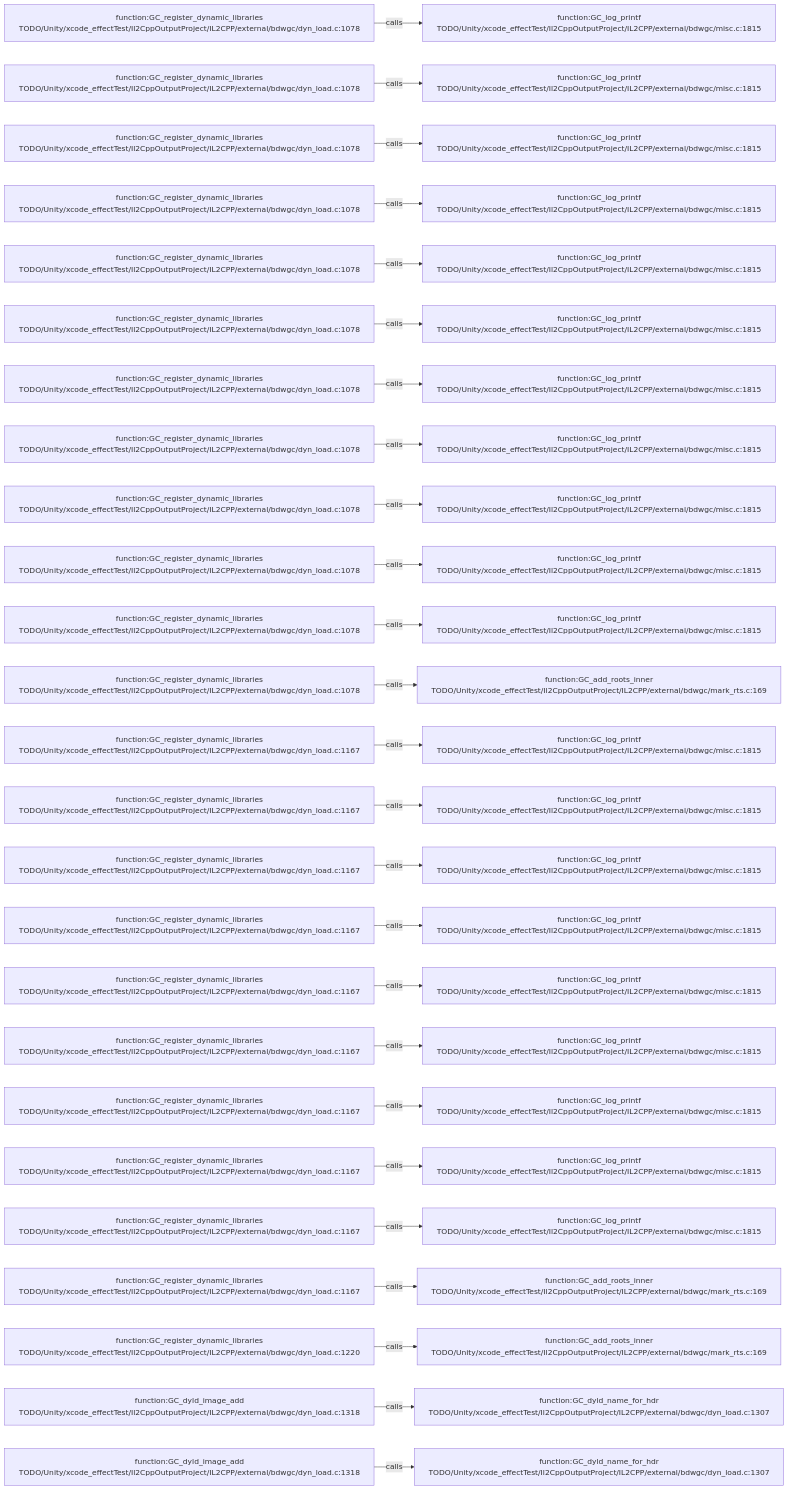
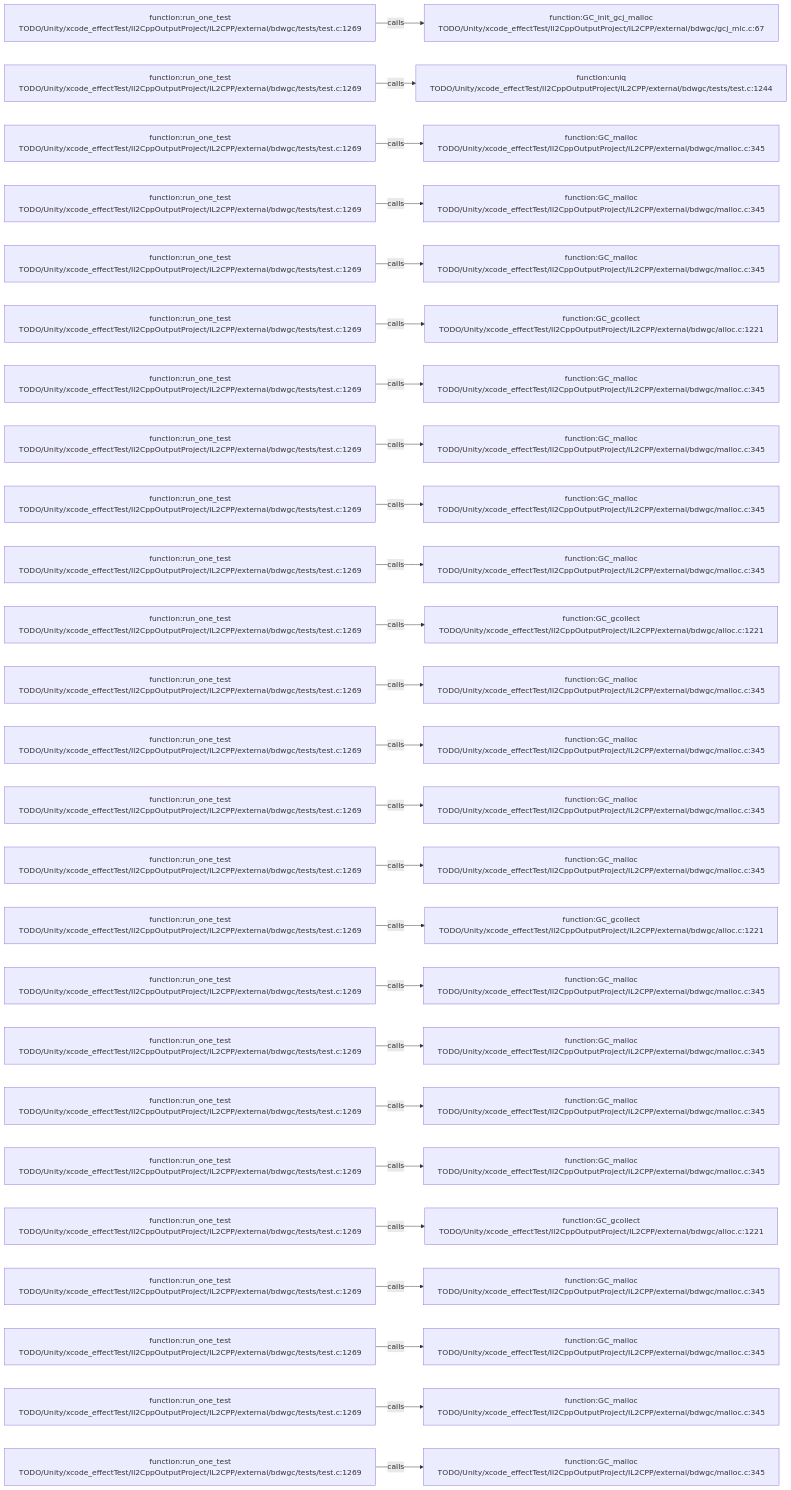
One commit to JobsKits/JobsSwiftBaseConfigDemo changed the diagram in .codegraph/codegraph.md/graphs/calls-172.md. Above: the diagram before and after it, drawn with Mermaid. The commit also changed 227 other files, not shown here.

````diff
--- a/.codegraph/codegraph.md/graphs/calls-172.md
+++ b/.codegraph/codegraph.md/graphs/calls-172.md
@@ -13,78 +13,78 @@
 ```mermaid
 flowchart LR
-  S1["function:GC_register_dynamic_libraries<br/>TODO/Unity/xcode_effectTest/Il2CppOutputProject/IL2CPP/external/bdwgc/dyn_load.c:1078"]
-  T1["function:GC_log_printf<br/>TODO/Unity/xcode_effectTest/Il2CppOutputProject/IL2CPP/external/bdwgc/misc.c:1815"]
+  S1["function:run_one_test<br/>TODO/Unity/xcode_effectTest/Il2CppOutputProject/IL2CPP/external/bdwgc/tests/test.c:1269"]
+  T1["function:GC_init_gcj_malloc<br/>TODO/Unity/xcode_effectTest/Il2CppOutputProject/IL2CPP/external/bdwgc/gcj_mlc.c:67"]
   S1 -->|calls| T1
-  S2["function:GC_register_dynamic_libraries<br/>TODO/Unity/xcode_effectTest/Il2CppOutputProject/IL2CPP/external/bdwgc/dyn_load.c:1078"]
-  T2["function:GC_log_printf<br/>TODO/Unity/xcode_effectTest/Il2CppOutputProject/IL2CPP/external/bdwgc/misc.c:1815"]
+  S2["function:run_one_test<br/>TODO/Unity/xcode_effectTest/Il2CppOutputProject/IL2CPP/external/bdwgc/tests/test.c:1269"]
+  T2["function:uniq<br/>TODO/Unity/xcode_effectTest/Il2CppOutputProject/IL2CPP/external/bdwgc/tests/test.c:1244"]
   S2 -->|calls| T2
-  S3["function:GC_register_dynamic_libraries<br/>TODO/Unity/xcode_effectTest/Il2CppOutputProject/IL2CPP/external/bdwgc/dyn_load.c:1078"]
-  T3["function:GC_log_printf<br/>TODO/Unity/xcode_effectTest/Il2CppOutputProject/IL2CPP/external/bdwgc/misc.c:1815"]
+  S3["function:run_one_test<br/>TODO/Unity/xcode_effectTest/Il2CppOutputProject/IL2CPP/external/bdwgc/tests/test.c:1269"]
+  T3["function:GC_malloc<br/>TODO/Unity/xcode_effectTest/Il2CppOutputProject/IL2CPP/external/bdwgc/malloc.c:345"]
   S3 -->|calls| T3
-  S4["function:GC_register_dynamic_libraries<br/>TODO/Unity/xcode_effectTest/Il2CppOutputProject/IL2CPP/external/bdwgc/dyn_load.c:1078"]
-  T4["function:GC_log_printf<br/>TODO/Unity/xcode_effectTest/Il2CppOutputProject/IL2CPP/external/bdwgc/misc.c:1815"]
+  S4["function:run_one_test<br/>TODO/Unity/xcode_effectTest/Il2CppOutputProject/IL2CPP/external/bdwgc/tests/test.c:1269"]
+  T4["function:GC_malloc<br/>TODO/Unity/xcode_effectTest/Il2CppOutputProject/IL2CPP/external/bdwgc/malloc.c:345"]
   S4 -->|calls| T4
-  S5["function:GC_register_dynamic_libraries<br/>TODO/Unity/xcode_effectTest/Il2CppOutputProject/IL2CPP/external/bdwgc/dyn_load.c:1078"]
-  T5["function:GC_log_printf<br/>TODO/Unity/xcode_effectTest/Il2CppOutputProject/IL2CPP/external/bdwgc/misc.c:1815"]
+  S5["function:run_one_test<br/>TODO/Unity/xcode_effectTest/Il2CppOutputProject/IL2CPP/external/bdwgc/tests/test.c:1269"]
+  T5["function:GC_malloc<br/>TODO/Unity/xcode_effectTest/Il2CppOutputProject/IL2CPP/external/bdwgc/malloc.c:345"]
   S5 -->|calls| T5
-  S6["function:GC_register_dynamic_libraries<br/>TODO/Unity/xcode_effectTest/Il2CppOutputProject/IL2CPP/external/bdwgc/dyn_load.c:1078"]
-  T6["function:GC_log_printf<br/>TODO/Unity/xcode_effectTest/Il2CppOutputProject/IL2CPP/external/bdwgc/misc.c:1815"]
+  S6["function:run_one_test<br/>TODO/Unity/xcode_effectTest/Il2CppOutputProject/IL2CPP/external/bdwgc/tests/test.c:1269"]
+  T6["function:GC_gcollect<br/>TODO/Unity/xcode_effectTest/Il2CppOutputProject/IL2CPP/external/bdwgc/alloc.c:1221"]
   S6 -->|calls| T6
-  S7["function:GC_register_dynamic_libraries<br/>TODO/Unity/xcode_effectTest/Il2CppOutputProject/IL2CPP/external/bdwgc/dyn_load.c:1078"]
-  T7["function:GC_log_printf<br/>TODO/Unity/xcode_effectTest/Il2CppOutputProject/IL2CPP/external/bdwgc/misc.c:1815"]
+  S7["function:run_one_test<br/>TODO/Unity/xcode_effectTest/Il2CppOutputProject/IL2CPP/external/bdwgc/tests/test.c:1269"]
+  T7["function:GC_malloc<br/>TODO/Unity/xcode_effectTest/Il2CppOutputProject/IL2CPP/external/bdwgc/malloc.c:345"]
   S7 -->|calls| T7
-  S8["function:GC_register_dynamic_libraries<br/>TODO/Unity/xcode_effectTest/Il2CppOutputProject/IL2CPP/external/bdwgc/dyn_load.c:1078"]
-  T8["function:GC_log_printf<br/>TODO/Unity/xcode_effectTest/Il2CppOutputProject/IL2CPP/external/bdwgc/misc.c:1815"]
+  S8["function:run_one_test<br/>TODO/Unity/xcode_effectTest/Il2CppOutputProject/IL2CPP/external/bdwgc/tests/test.c:1269"]
+  T8["function:GC_malloc<br/>TODO/Unity/xcode_effectTest/Il2CppOutputProject/IL2CPP/external/bdwgc/malloc.c:345"]
   S8 -->|calls| T8
-  S9["function:GC_register_dynamic_libraries<br/>TODO/Unity/xcode_effectTest/Il2CppOutputProject/IL2CPP/external/bdwgc/dyn_load.c:1078"]
-  T9["function:GC_log_printf<br/>TODO/Unity/xcode_effectTest/Il2CppOutputProject/IL2CPP/external/bdwgc/misc.c:1815"]
+  S9["function:run_one_test<br/>TODO/Unity/xcode_effectTest/Il2CppOutputProject/IL2CPP/external/bdwgc/tests/test.c:1269"]
+  T9["function:GC_malloc<br/>TODO/Unity/xcode_effectTest/Il2CppOutputProject/IL2CPP/external/bdwgc/malloc.c:345"]
   S9 -->|calls| T9
-  S10["function:GC_register_dynamic_libraries<br/>TODO/Unity/xcode_effectTest/Il2CppOutputProject/IL2CPP/external/bdwgc/dyn_load.c:1078"]
-  T10["function:GC_log_printf<br/>TODO/Unity/xcode_effectTest/Il2CppOutputProject/IL2CPP/external/bdwgc/misc.c:1815"]
+  S10["function:run_one_test<br/>TODO/Unity/xcode_effectTest/Il2CppOutputProject/IL2CPP/external/bdwgc/tests/test.c:1269"]
+  T10["function:GC_malloc<br/>TODO/Unity/xcode_effectTest/Il2CppOutputProject/IL2CPP/external/bdwgc/malloc.c:345"]
   S10 -->|calls| T10
-  S11["function:GC_register_dynamic_libraries<br/>TODO/Unity/xcode_effectTest/Il2CppOutputProject/IL2CPP/external/bdwgc/dyn_load.c:1078"]
-  T11["function:GC_log_printf<br/>TODO/Unity/xcode_effectTest/Il2CppOutputProject/IL2CPP/external/bdwgc/misc.c:1815"]
+  S11["function:run_one_test<br/>TODO/Unity/xcode_effectTest/Il2CppOutputProject/IL2CPP/external/bdwgc/tests/test.c:1269"]
+  T11["function:GC_gcollect<br/>TODO/Unity/xcode_effectTest/Il2CppOutputProject/IL2CPP/external/bdwgc/alloc.c:1221"]
   S11 -->|calls| T11
-  S12["function:GC_register_dynamic_libraries<br/>TODO/Unity/xcode_effectTest/Il2CppOutputProject/IL2CPP/external/bdwgc/dyn_load.c:1078"]
-  T12["function:GC_add_roots_inner<br/>TODO/Unity/xcode_effectTest/Il2CppOutputProject/IL2CPP/external/bdwgc/mark_rts.c:169"]
+  S12["function:run_one_test<br/>TODO/Unity/xcode_effectTest/Il2CppOutputProject/IL2CPP/external/bdwgc/tests/test.c:1269"]
+  T12["function:GC_malloc<br/>TODO/Unity/xcode_effectTest/Il2CppOutputProject/IL2CPP/external/bdwgc/malloc.c:345"]
   S12 -->|calls| T12
-  S13["function:GC_register_dynamic_libraries<br/>TODO/Unity/xcode_effectTest/Il2CppOutputProject/IL2CPP/external/bdwgc/dyn_load.c:1167"]
-  T13["function:GC_log_printf<br/>TODO/Unity/xcode_effectTest/Il2CppOutputProject/IL2CPP/external/bdwgc/misc.c:1815"]
+  S13["function:run_one_test<br/>TODO/Unity/xcode_effectTest/Il2CppOutputProject/IL2CPP/external/bdwgc/tests/test.c:1269"]
+  T13["function:GC_malloc<br/>TODO/Unity/xcode_effectTest/Il2CppOutputProject/IL2CPP/external/bdwgc/malloc.c:345"]
   S13 -->|calls| T13
-  S14["function:GC_register_dynamic_libraries<br/>TODO/Unity/xcode_effectTest/Il2CppOutputProject/IL2CPP/external/bdwgc/dyn_load.c:1167"]
-  T14["function:GC_log_printf<br/>TODO/Unity/xcode_effectTest/Il2CppOutputProject/IL2CPP/external/bdwgc/misc.c:1815"]
+  S14["function:run_one_test<br/>TODO/Unity/xcode_effectTest/Il2CppOutputProject/IL2CPP/external/bdwgc/tests/test.c:1269"]
+  T14["function:GC_malloc<br/>TODO/Unity/xcode_effectTest/Il2CppOutputProject/IL2CPP/external/bdwgc/malloc.c:345"]
   S14 -->|calls| T14
-  S15["function:GC_register_dynamic_libraries<br/>TODO/Unity/xcode_effectTest/Il2CppOutputProject/IL2CPP/external/bdwgc/dyn_load.c:1167"]
-  T15["function:GC_log_printf<br/>TODO/Unity/xcode_effectTest/Il2CppOutputProject/IL2CPP/external/bdwgc/misc.c:1815"]
+  S15["function:run_one_test<br/>TODO/Unity/xcode_effectTest/Il2CppOutputProject/IL2CPP/external/bdwgc/tests/test.c:1269"]
+  T15["function:GC_malloc<br/>TODO/Unity/xcode_effectTest/Il2CppOutputProject/IL2CPP/external/bdwgc/malloc.c:345"]
   S15 -->|calls| T15
-  S16["function:GC_register_dynamic_libraries<br/>TODO/Unity/xcode_effectTest/Il2CppOutputProject/IL2CPP/external/bdwgc/dyn_load.c:1167"]
-  T16["function:GC_log_printf<br/>TODO/Unity/xcode_effectTest/Il2CppOutputProject/IL2CPP/external/bdwgc/misc.c:1815"]
+  S16["function:run_one_test<br/>TODO/Unity/xcode_effectTest/Il2CppOutputProject/IL2CPP/external/bdwgc/tests/test.c:1269"]
+  T16["function:GC_gcollect<br/>TODO/Unity/xcode_effectTest/Il2CppOutputProject/IL2CPP/external/bdwgc/alloc.c:1221"]
   S16 -->|calls| T16
-  S17["function:GC_register_dynamic_libraries<br/>TODO/Unity/xcode_effectTest/Il2CppOutputProject/IL2CPP/external/bdwgc/dyn_load.c:1167"]
-  T17["function:GC_log_printf<br/>TODO/Unity/xcode_effectTest/Il2CppOutputProject/IL2CPP/external/bdwgc/misc.c:1815"]
+  S17["function:run_one_test<br/>TODO/Unity/xcode_effectTest/Il2CppOutputProject/IL2CPP/external/bdwgc/tests/test.c:1269"]
+  T17["function:GC_malloc<br/>TODO/Unity/xcode_effectTest/Il2CppOutputProject/IL2CPP/external/bdwgc/malloc.c:345"]
   S17 -->|calls| T17
-  S18["function:GC_register_dynamic_libraries<br/>TODO/Unity/xcode_effectTest/Il2CppOutputProject/IL2CPP/external/bdwgc/dyn_load.c:1167"]
-  T18["function:GC_log_printf<br/>TODO/Unity/xcode_effectTest/Il2CppOutputProject/IL2CPP/external/bdwgc/misc.c:1815"]
+  S18["function:run_one_test<br/>TODO/Unity/xcode_effectTest/Il2CppOutputProject/IL2CPP/external/bdwgc/tests/test.c:1269"]
+  T18["function:GC_malloc<br/>TODO/Unity/xcode_effectTest/Il2CppOutputProject/IL2CPP/external/bdwgc/malloc.c:345"]
   S18 -->|calls| T18
-  S19["function:GC_register_dynamic_libraries<br/>TODO/Unity/xcode_effectTest/Il2CppOutputProject/IL2CPP/external/bdwgc/dyn_load.c:1167"]
-  T19["function:GC_log_printf<br/>TODO/Unity/xcode_effectTest/Il2CppOutputProject/IL2CPP/external/bdwgc/misc.c:1815"]
+  S19["function:run_one_test<br/>TODO/Unity/xcode_effectTest/Il2CppOutputProject/IL2CPP/external/bdwgc/tests/test.c:1269"]
+  T19["function:GC_malloc<br/>TODO/Unity/xcode_effectTest/Il2CppOutputProject/IL2CPP/external/bdwgc/malloc.c:345"]
   S19 -->|calls| T19
-  S20["function:GC_register_dynamic_libraries<br/>TODO/Unity/xcode_effectTest/Il2CppOutputProject/IL2CPP/external/bdwgc/dyn_load.c:1167"]
-  T20["function:GC_log_printf<br/>TODO/Unity/xcode_effectTest/Il2CppOutputProject/IL2CPP/external/bdwgc/misc.c:1815"]
+  S20["function:run_one_test<br/>TODO/Unity/xcode_effectTest/Il2CppOutputProject/IL2CPP/external/bdwgc/tests/test.c:1269"]
+  T20["function:GC_malloc<br/>TODO/Unity/xcode_effectTest/Il2CppOutputProject/IL2CPP/external/bdwgc/malloc.c:345"]
   S20 -->|calls| T20
-  S21["function:GC_register_dynamic_libraries<br/>TODO/Unity/xcode_effectTest/Il2CppOutputProject/IL2CPP/external/bdwgc/dyn_load.c:1167"]
-  T21["function:GC_log_printf<br/>TODO/Unity/xcode_effectTest/Il2CppOutputProject/IL2CPP/external/bdwgc/misc.c:1815"]
+  S21["function:run_one_test<br/>TODO/Unity/xcode_effectTest/Il2CppOutputProject/IL2CPP/external/bdwgc/tests/test.c:1269"]
+  T21["function:GC_gcollect<br/>TODO/Unity/xcode_effectTest/Il2CppOutputProject/IL2CPP/external/bdwgc/alloc.c:1221"]
   S21 -->|calls| T21
-  S22["function:GC_register_dynamic_libraries<br/>TODO/Unity/xcode_effectTest/Il2CppOutputProject/IL2CPP/external/bdwgc/dyn_load.c:1167"]
-  T22["function:GC_add_roots_inner<br/>TODO/Unity/xcode_effectTest/Il2CppOutputProject/IL2CPP/external/bdwgc/mark_rts.c:169"]
+  S22["function:run_one_test<br/>TODO/Unity/xcode_effectTest/Il2CppOutputProject/IL2CPP/external/bdwgc/tests/test.c:1269"]
+  T22["function:GC_malloc<br/>TODO/Unity/xcode_effectTest/Il2CppOutputProject/IL2CPP/external/bdwgc/malloc.c:345"]
   S22 -->|calls| T22
-  S23["function:GC_register_dynamic_libraries<br/>TODO/Unity/xcode_effectTest/Il2CppOutputProject/IL2CPP/external/bdwgc/dyn_load.c:1220"]
-  T23["function:GC_add_roots_inner<br/>TODO/Unity/xcode_effectTest/Il2CppOutputProject/IL2CPP/external/bdwgc/mark_rts.c:169"]
+  S23["function:run_one_test<br/>TODO/Unity/xcode_effectTest/Il2CppOutputProject/IL2CPP/external/bdwgc/tests/test.c:1269"]
+  T23["function:GC_malloc<br/>TODO/Unity/xcode_effectTest/Il2CppOutputProject/IL2CPP/external/bdwgc/malloc.c:345"]
   S23 -->|calls| T23
-  S24["function:GC_dyld_image_add<br/>TODO/Unity/xcode_effectTest/Il2CppOutputProject/IL2CPP/external/bdwgc/dyn_load.c:1318"]
-  T24["function:GC_dyld_name_for_hdr<br/>TODO/Unity/xcode_effectTest/Il2CppOutputProject/IL2CPP/external/bdwgc/dyn_load.c:1307"]
+  S24["function:run_one_test<br/>TODO/Unity/xcode_effectTest/Il2CppOutputProject/IL2CPP/external/bdwgc/tests/test.c:1269"]
+  T24["function:GC_malloc<br/>TODO/Unity/xcode_effectTest/Il2CppOutputProject/IL2CPP/external/bdwgc/malloc.c:345"]
   S24 -->|calls| T24
-  S25["function:GC_dyld_image_add<br/>TODO/Unity/xcode_effectTest/Il2CppOutputProject/IL2CPP/external/bdwgc/dyn_load.c:1318"]
-  T25["function:GC_dyld_name_for_hdr<br/>TODO/Unity/xcode_effectTest/Il2CppOutputProject/IL2CPP/external/bdwgc/dyn_load.c:1307"]
+  S25["function:run_one_test<br/>TODO/Unity/xcode_effectTest/Il2CppOutputProject/IL2CPP/external/bdwgc/tests/test.c:1269"]
+  T25["function:GC_malloc<br/>TODO/Unity/xcode_effectTest/Il2CppOutputProject/IL2CPP/external/bdwgc/malloc.c:345"]
   S25 -->|calls| T25
 ```
````
